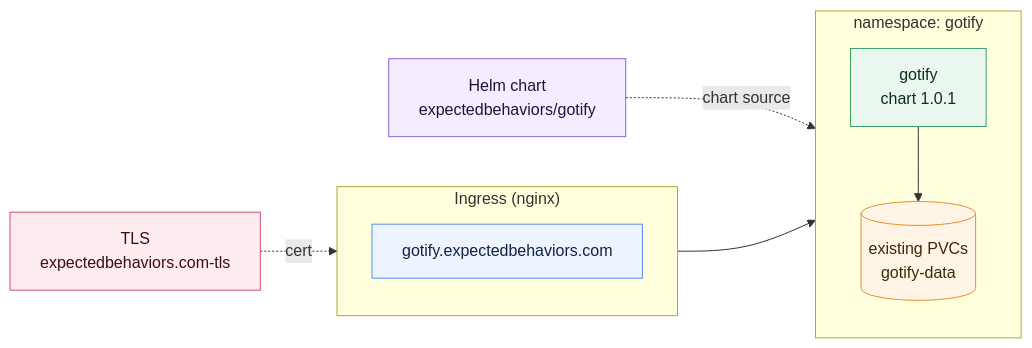
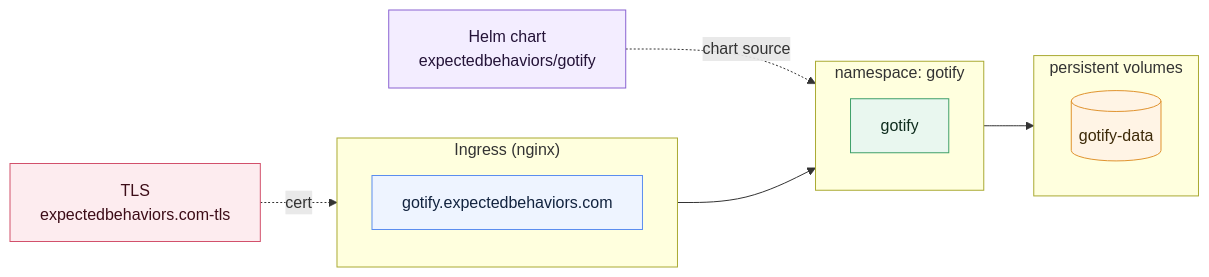
One commit to jd4883/homelab-gotify changed the diagram in docs/img/topology.mmd. Above: the diagram before and after it, drawn with Mermaid.

Commit message:
Regenerated the topology diagram to the current contract

```diff
--- a/docs/img/topology.mmd
+++ b/docs/img/topology.mmd
@@ -1,21 +1,24 @@
 flowchart LR
   classDef ext fill:#eef4ff,stroke:#5b8def,color:#12233f;
   classDef app fill:#e9f7ef,stroke:#3fa06a,color:#0f2d1e;
   classDef store fill:#fff4e5,stroke:#e0932f,color:#3d2a08;
   classDef sec fill:#fdecef,stroke:#d2506b,color:#3d0d18;
   classDef dep fill:#f3edff,stroke:#8a63d2,color:#241338;
   subgraph EDGE["Ingress (nginx)"]
     direction TB
     HOSTS["gotify.expectedbehaviors.com"]:::ext
   end
   subgraph NS["namespace: gotify"]
     direction TB
-    APP["gotify<br/>chart 1.0.1"]:::app
-    PVC[("existing PVCs<br/>gotify-data")]:::store
+    APP["gotify"]:::app
+  end
+  subgraph VOLS["persistent volumes"]
+    direction LR
+    V0[("gotify-data")]:::store
   end
   CHART["Helm chart<br/>expectedbehaviors/gotify"]:::dep
   CHART -. "chart source" .-> APP
   HOSTS --> APP
-  APP --> PVC
+  APP --> VOLS
   TLS["TLS<br/>expectedbehaviors.com-tls"]:::sec
   TLS -. "cert" .-> HOSTS
```
